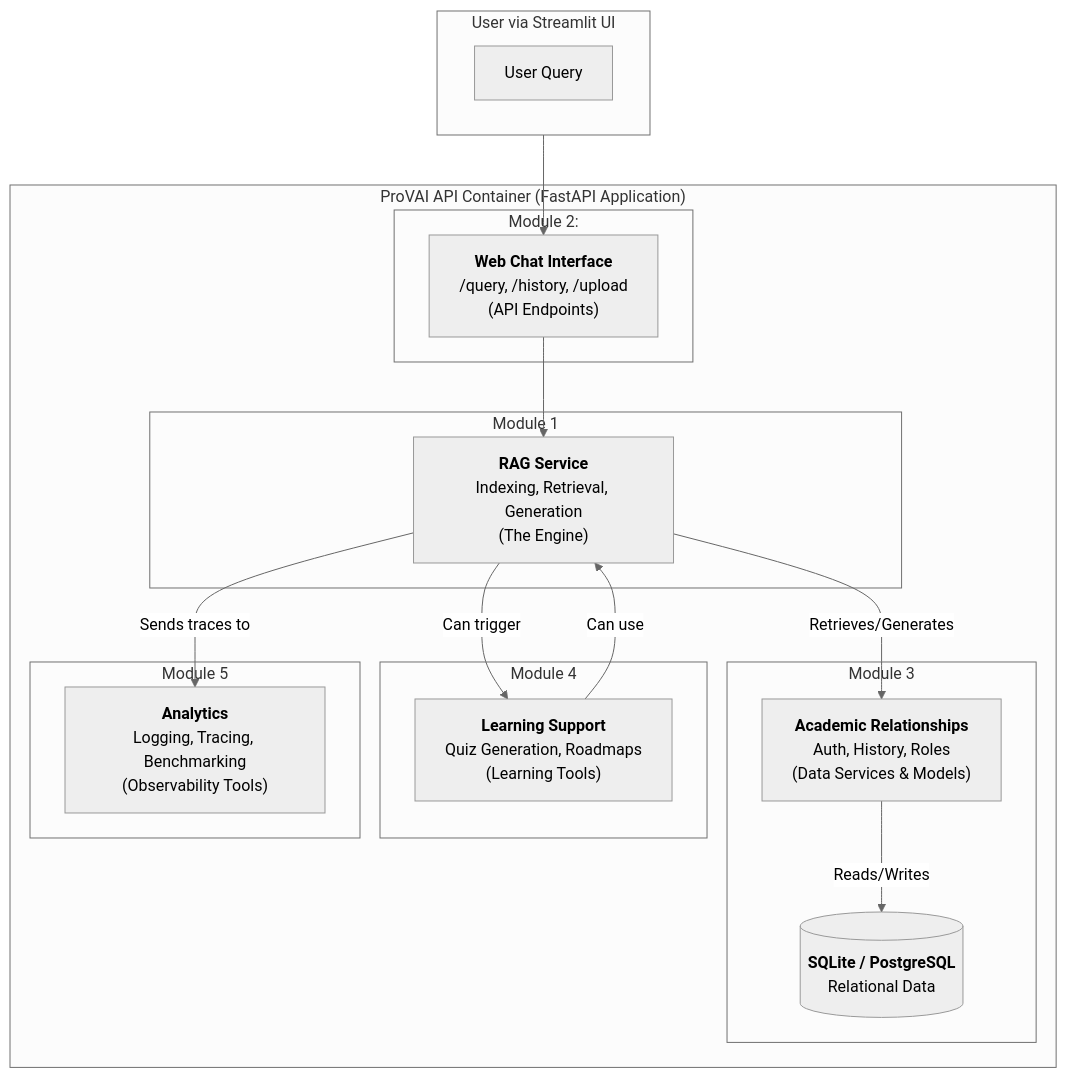
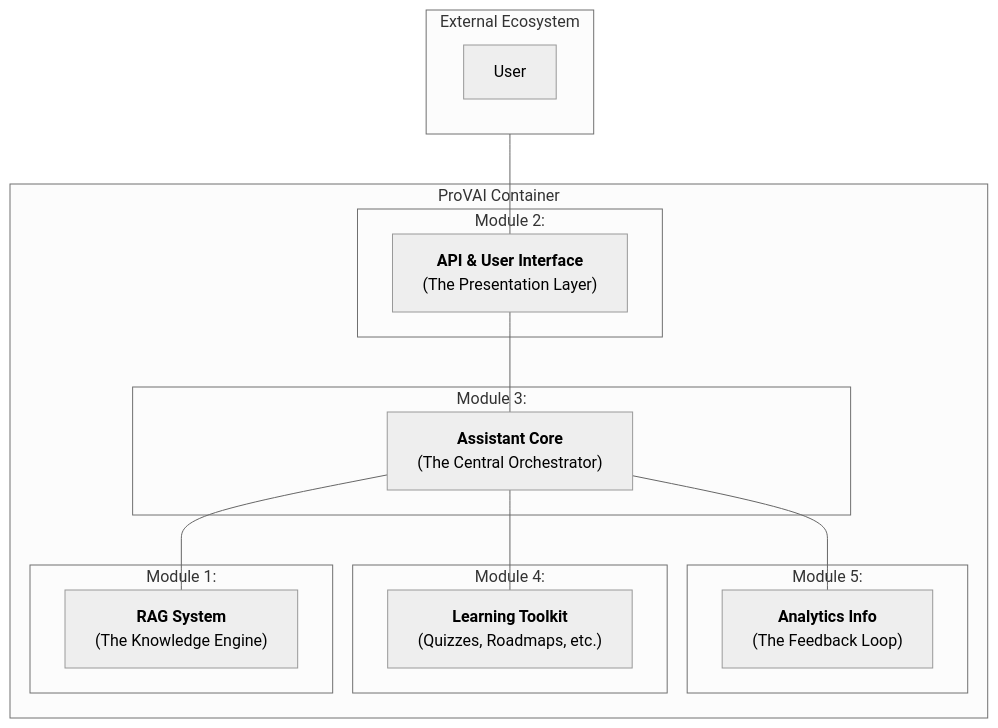
One commit to joelabreurojas/ProVAI changed the diagram in docs/MODULES.md. Above: the diagram before and after it, drawn with Mermaid (neutral theme). The commit also changed other lines of this file and 6 other files, not shown here.

````diff
--- a/docs/MODULES.md
+++ b/docs/MODULES.md
@@ -11,39 +11,37 @@
 ```mermaid
 graph TD
-    subgraph "User via Streamlit UI"
+    subgraph "External Ecosystem"
         direction LR
-        UserQuery["User Query"]
+        User
     end
 
-    subgraph "ProVAI API Container (FastAPI Application)"
-        subgraph "Module 1"
-            A["<b>RAG Service</b><br/>Indexing, Retrieval, Generation<br/>(The Engine)"]
+    subgraph "ProVAI Container"
+
+        subgraph "Module 2:"
+            B["<b>API & User Interface</b><br/>(The Presentation Layer)"]
         end
 
-        subgraph "Module 2: "
-            B["<b>Web Chat Interface</b><br/>/query, /history, /upload<br/>(API Endpoints)"]
+        subgraph "Module 3:"
+            C["<b>Assistant Core</b><br/>(The Central Orchestrator)"]
         end
 
-        subgraph "Module 3"
-            C["<b>Academic Relationships</b><br/>Auth, History, Roles<br/>(Data Services & Models)"]
-            D[("<b>SQLite / PostgreSQL</b><br>Relational Data")]
+        subgraph "Module 5:"
+            F["<b>Analytics Info</b><br/>(The Feedback Loop)"]
         end
 
-        subgraph "Module 4"
-            E["<b>Learning Support</b><br/>Quiz Generation, Roadmaps<br/>(Learning Tools)"]
+        subgraph "Module 4:"
+            E["<b>Learning Toolkit</b><br/>(Quizzes, Roadmaps, etc.)"]
         end
 
-        subgraph "Module 5"
-            F["<b>Analytics</b><br/>Logging, Tracing, Benchmarking<br/>(Observability Tools)"]
+        subgraph "Module 1:"
+            A["<b>RAG System</b><br/>(The Knowledge Engine)"]
         end
 
-        B --> A
-        A -- "Retrieves/Generates" --> C
-        C -- "Reads/Writes" --> D
-        A -- "Can trigger" --> E
-        A -- "Sends traces to" --> F
-        E -- "Can use" --> A
+        User --- B
+        B --- C
+
+        C --- A
+        C --- E
+        C --- F
     end
-
-    UserQuery --> B
 ```
````
